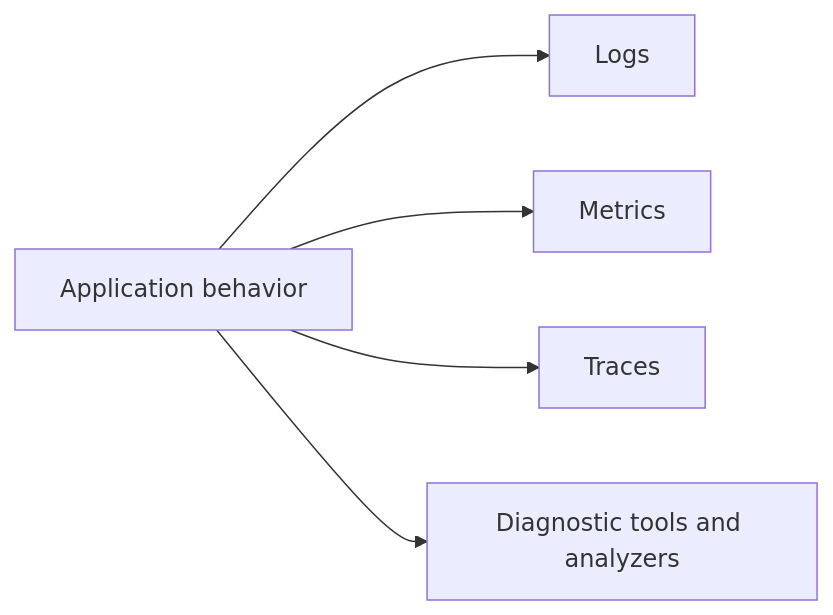
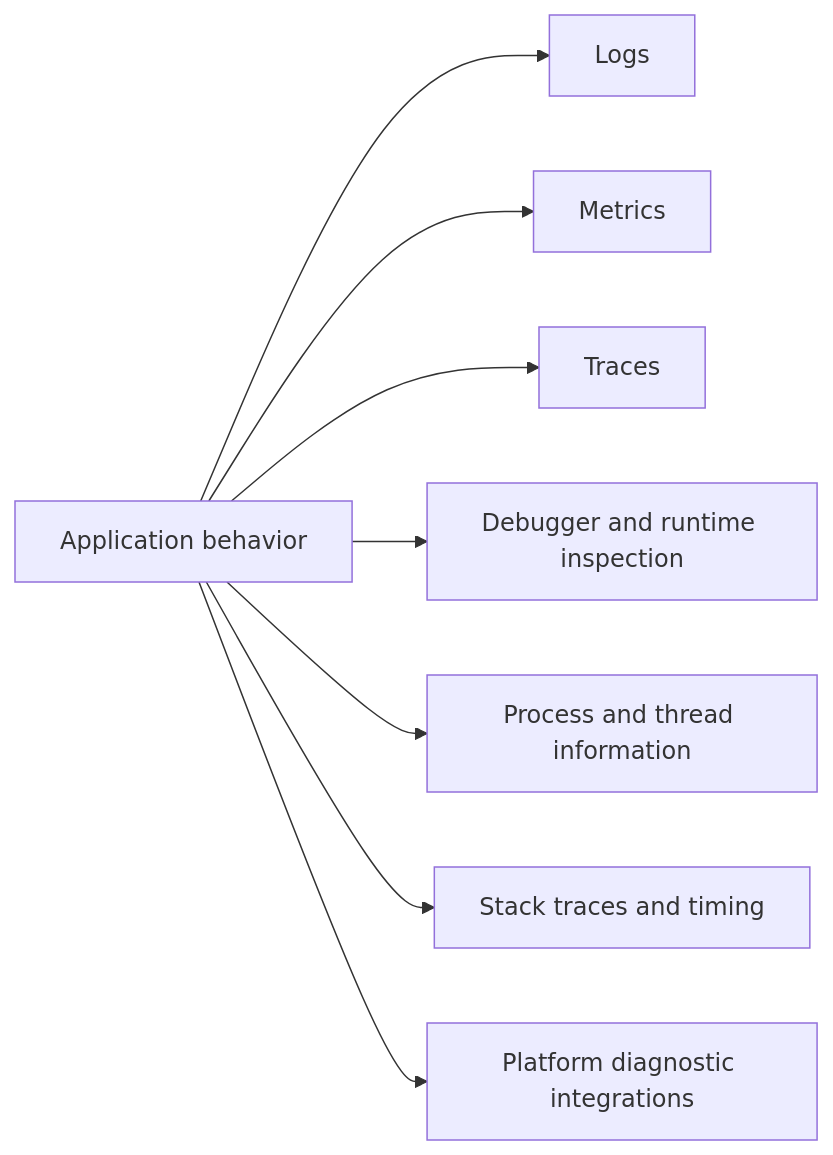
The diagram in docs/14-dotnet-platform-and-runtime/08-logging-diagnostics-and-observability.md (mehdihadeli/learn-csharp), drawn with Mermaid before and after one commit. The commit also changed other lines of this file and 107 other files, not shown here.

````diff
--- a/docs/14-dotnet-platform-and-runtime/08-logging-diagnostics-and-observability.md
+++ b/docs/14-dotnet-platform-and-runtime/08-logging-diagnostics-and-observability.md
@@ -9,7 +9,10 @@
 ```mermaid
 flowchart LR
     A["Application behavior"] --> B["Logs"]
     A --> C["Metrics"]
     A --> D["Traces"]
-    A --> E["Diagnostic tools and analyzers"]
+    A --> E["Debugger and runtime inspection"]
+    A --> F["Process and thread information"]
+    A --> G["Stack traces and timing"]
+    A --> H["Platform diagnostic integrations"]
 ```
````
